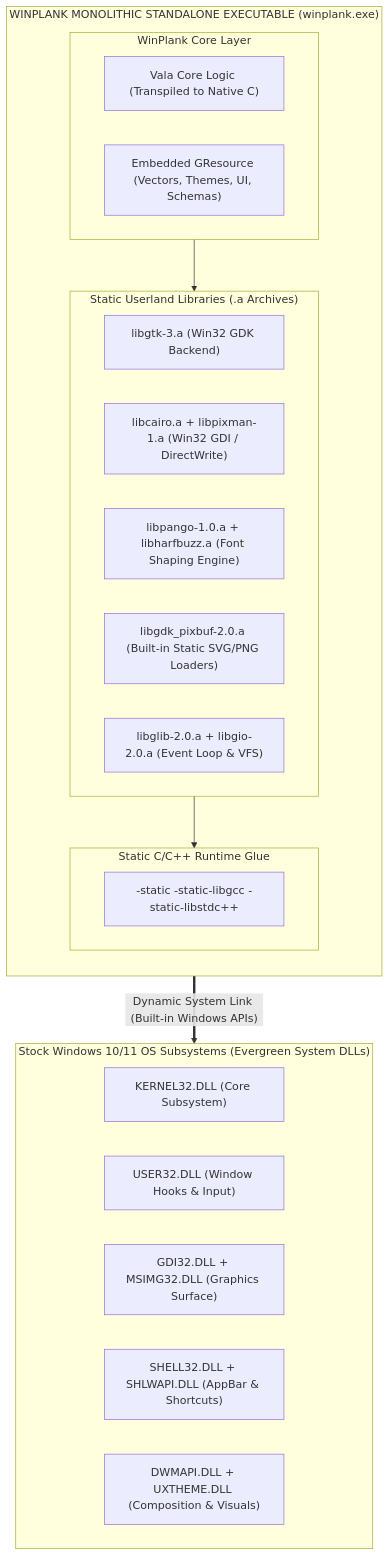
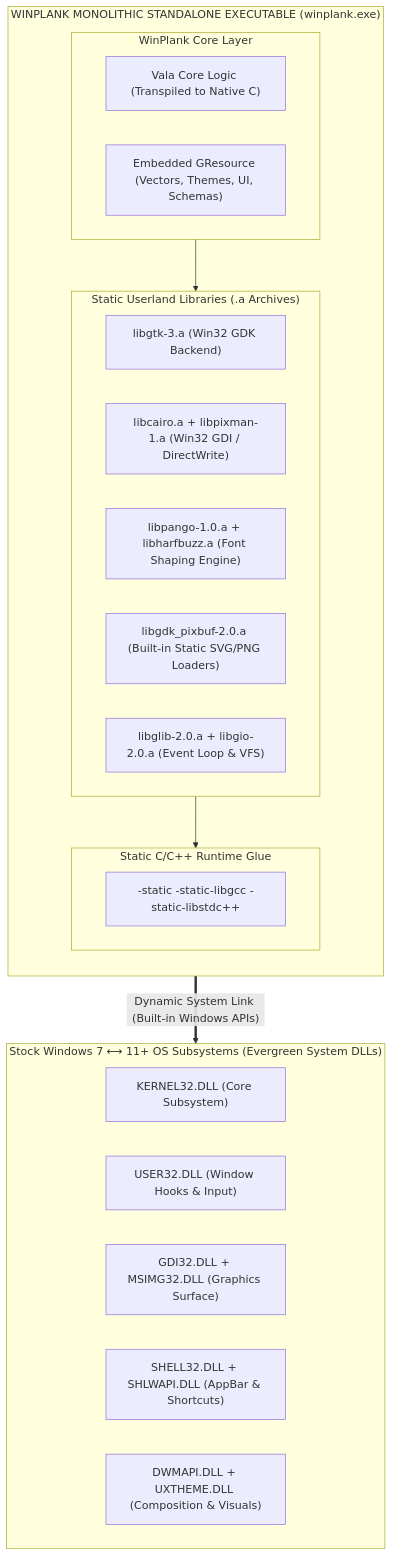
Before and after one commit to sergiomelas/WayPlank: the second of 7 diagrams in Documentation/WINPLANK_PORT_BATTLE_PLAN.md, drawn with Mermaid. The commit also changed other lines of this file and 76 other files, not shown here.

````diff
--- a/Documentation/WINPLANK_PORT_BATTLE_PLAN.md
+++ b/Documentation/WINPLANK_PORT_BATTLE_PLAN.md
@@ -65,34 +66,34 @@
 ```mermaid
 flowchart TD
     subgraph PE ["WINPLANK MONOLITHIC STANDALONE EXECUTABLE (winplank.exe)"]
         direction TB
         subgraph CORE ["WinPlank Core Layer"]
             V["Vala Core Logic (Transpiled to Native C)"]
             R["Embedded GResource (Vectors, Themes, UI, Schemas)"]
         end
         subgraph USERLAND ["Static Userland Libraries (.a Archives)"]
             direction LR
             GTK["libgtk-3.a (Win32 GDK Backend)"]
             CAIRO["libcairo.a + libpixman-1.a (Win32 GDI / DirectWrite)"]
             PANGO["libpango-1.0.a + libharfbuzz.a (Font Shaping Engine)"]
             PIXBUF["libgdk_pixbuf-2.0.a (Built-in Static SVG/PNG Loaders)"]
             GLIB["libglib-2.0.a + libgio-2.0.a (Event Loop & VFS)"]
         end
         subgraph RUNTIME ["Static C/C++ Runtime Glue"]
             CRT["-static -static-libgcc -static-libstdc++"]
         end
         CORE --> USERLAND
         USERLAND --> RUNTIME
     end
 
-    subgraph OS ["Stock Windows 10/11 OS Subsystems (Evergreen System DLLs)"]
+    subgraph OS ["Stock Windows 7 ⟷ 11+ OS Subsystems (Evergreen System DLLs)"]
         direction LR
         K["KERNEL32.DLL (Core Subsystem)"]
         U["USER32.DLL (Window Hooks & Input)"]
         G["GDI32.DLL + MSIMG32.DLL (Graphics Surface)"]
         S["SHELL32.DLL + SHLWAPI.DLL (AppBar & Shortcuts)"]
         D["DWMAPI.DLL + UXTHEME.DLL (Composition & Visuals)"]
     end
 
     PE ==>|"Dynamic System Link (Built-in Windows APIs)"| OS
 ```
````
